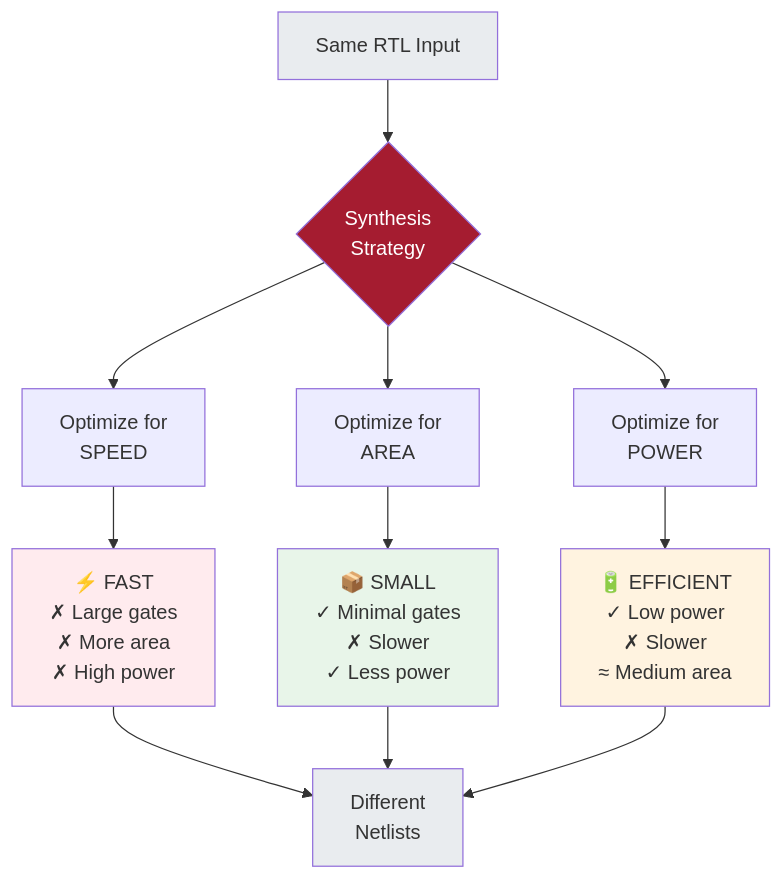
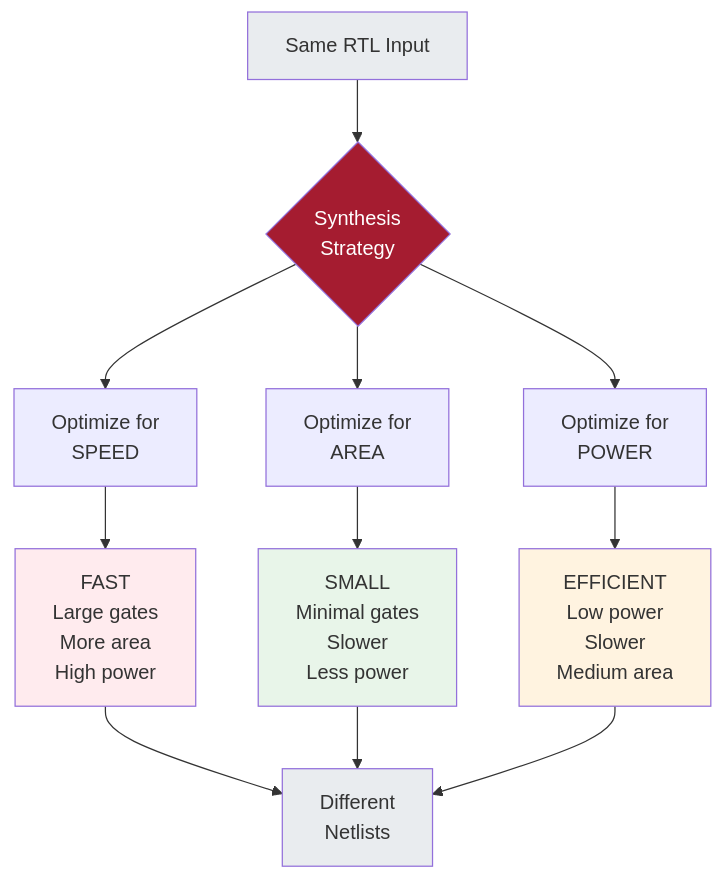
One commit to harvard-edge/cs249r_fall2025 changed the second of 2 diagrams in _posts/2024-11-12-week-11-eda-fundamentals.md. Above: the diagram before and after it, drawn with Mermaid. The commit also changed other lines of this file and 2 other files, not shown here.

Commit message:
Remove emoji icons from diagrams and add Mark Ren's image

```diff
--- a/_posts/2024-11-12-week-11-eda-fundamentals.md
+++ b/_posts/2024-11-12-week-11-eda-fundamentals.md
@@ -226,23 +226,23 @@
 <div class="mermaid">
 graph TD
     A[Same RTL Input] --> B{Synthesis<br/>Strategy}
     
     B --> C[Optimize for<br/>SPEED]
     B --> D[Optimize for<br/>AREA]
     B --> E[Optimize for<br/>POWER]
     
-    C --> F["⚡ FAST<br/>✗ Large gates<br/>✗ More area<br/>✗ High power"]
-    D --> G["📦 SMALL<br/>✓ Minimal gates<br/>✗ Slower<br/>✓ Less power"]
-    E --> H["🔋 EFFICIENT<br/>✓ Low power<br/>✗ Slower<br/>≈ Medium area"]
+    C --> F["FAST<br/>Large gates<br/>More area<br/>High power"]
+    D --> G["SMALL<br/>Minimal gates<br/>Slower<br/>Less power"]
+    E --> H["EFFICIENT<br/>Low power<br/>Slower<br/>Medium area"]
     
     F --> I[Different<br/>Netlists]
     G --> I
     H --> I
     
     style A fill:#e9ecef
     style B fill:#A51C30,color:#fff
     style I fill:#e9ecef
     style F fill:#ffebee
     style G fill:#e8f5e9
     style H fill:#fff3e0
 </div>
```
